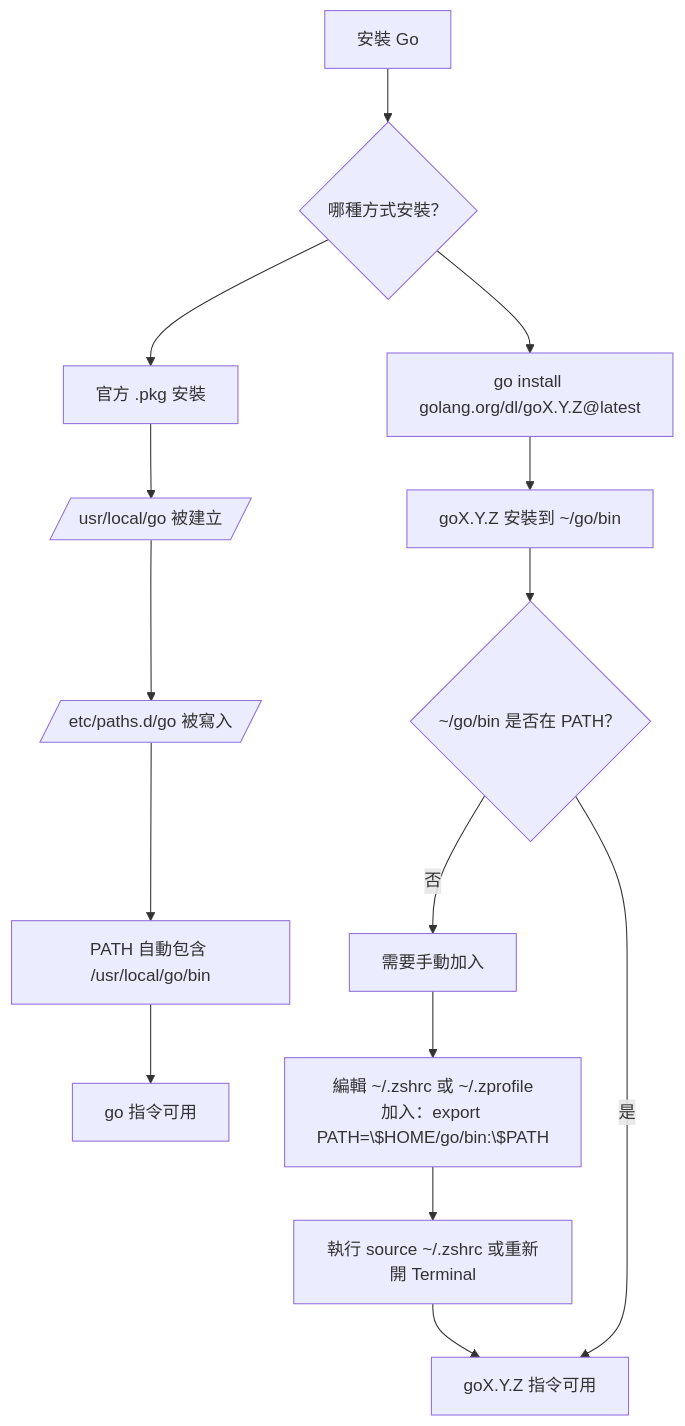
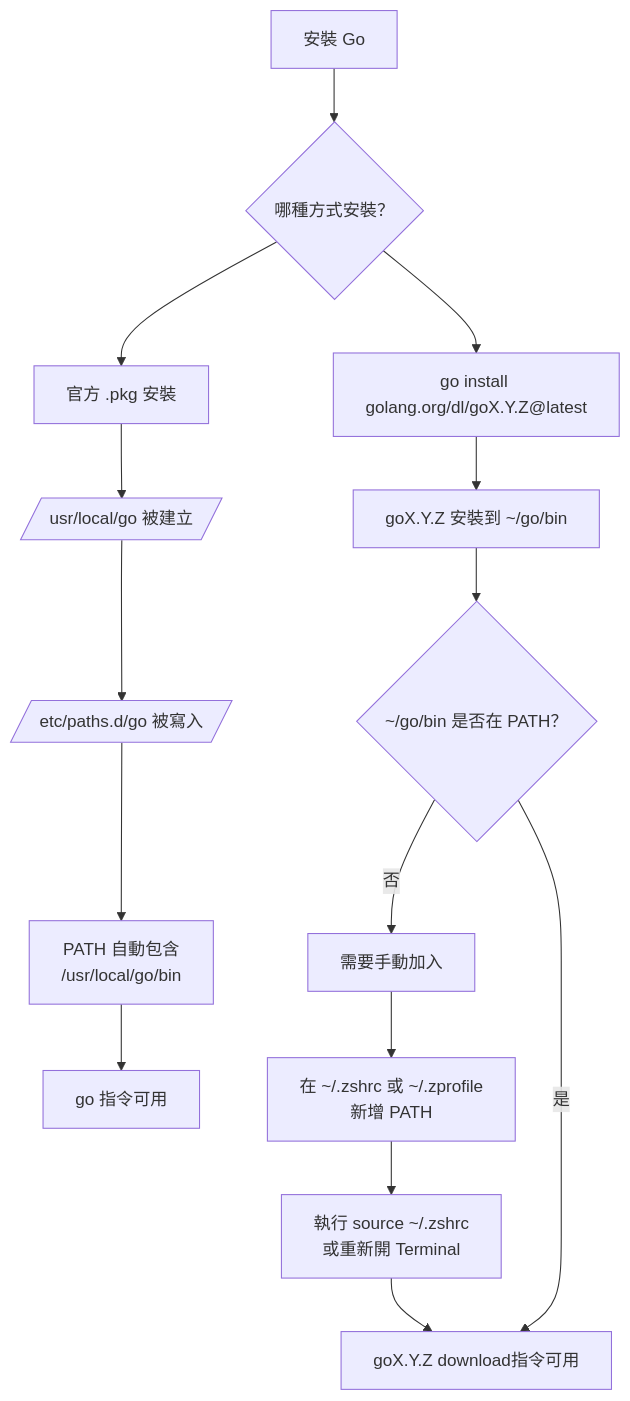
The diagram in source/_posts/Go-install.md (z6wdc/note), drawn with Mermaid before and after one commit. The commit also changed other lines of this file, not shown here.

Commit message:
show mermaid

````diff
--- a/source/_posts/Go-install.md
+++ b/source/_posts/Go-install.md
@@ -105,24 +105,24 @@
-```mermaid
+<pre class="mermaid">
 flowchart TD
     A[安裝 Go] --> B{哪種方式安裝？}
 
     B --> C1[官方 .pkg 安裝]
     B --> C2[go install golang.org/dl/goX.Y.Z@latest]
 
     %% .pkg 安裝流程
     C1 --> D1[/usr/local/go 被建立/]
     D1 --> E1[/etc/paths.d/go 被寫入/]
-    E1 --> F1[PATH 自動包含 /usr/local/go/bin]
+    E1 --> F1[PATH 自動包含<br>/usr/local/go/bin]
     F1 --> G1[go 指令可用 ]
 
     %% go install 安裝流程
     C2 --> D2[goX.Y.Z 安裝到 ~/go/bin]
     D2 --> E2{~/go/bin 是否在 PATH？}
 
     E2 -- 否 --> F2[需要手動加入]
-    F2 --> G2[編輯 ~/.zshrc 或 ~/.zprofile<br>加入：export PATH=\$HOME/go/bin:\$PATH]
-    G2 --> H2[執行 source ~/.zshrc 或重新開 Terminal]
-    H2 --> I2[goX.Y.Z 指令可用 ]
+    F2 --> G2[在 ~/.zshrc 或 ~/.zprofile<br>新增 PATH]
+    G2 --> H2[執行 source ~/.zshrc<br>或重新開 Terminal]
+    H2 --> I2[goX.Y.Z download指令可用]
 
     E2 -- 是 --> I2
-```
+</pre>
````
